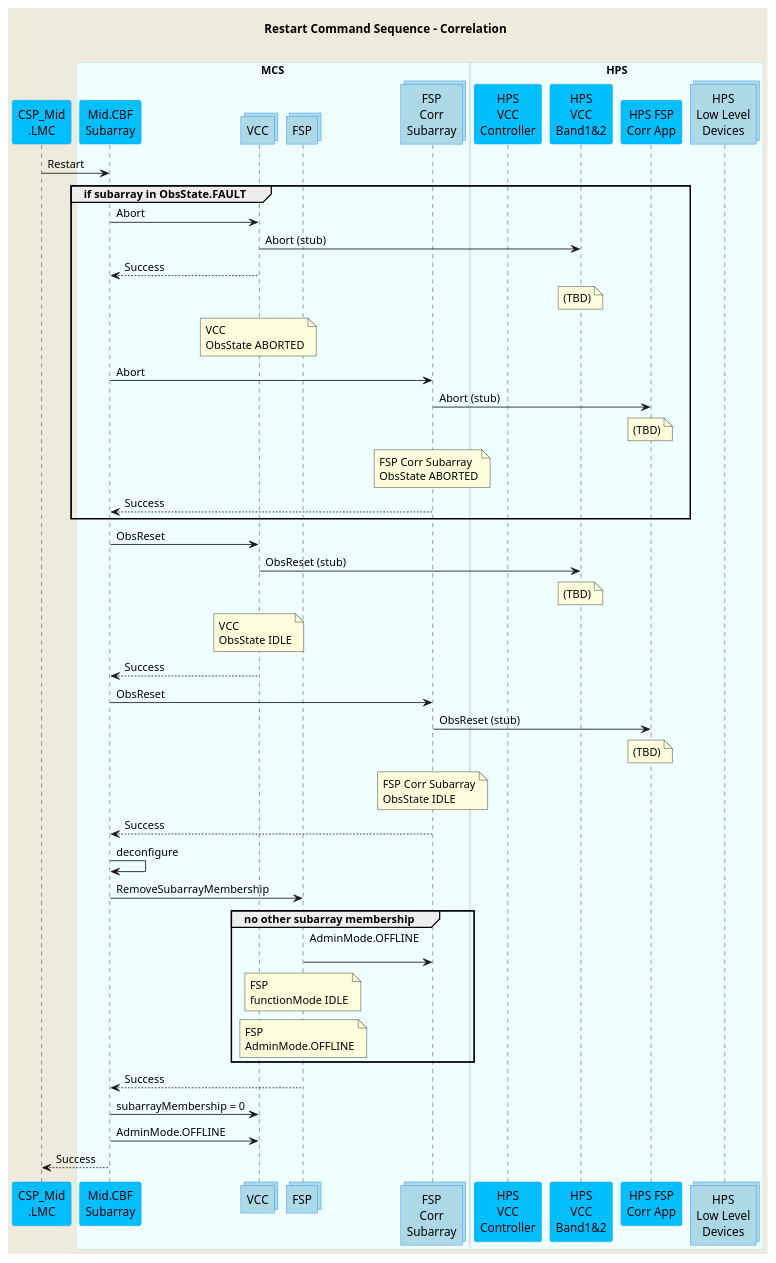
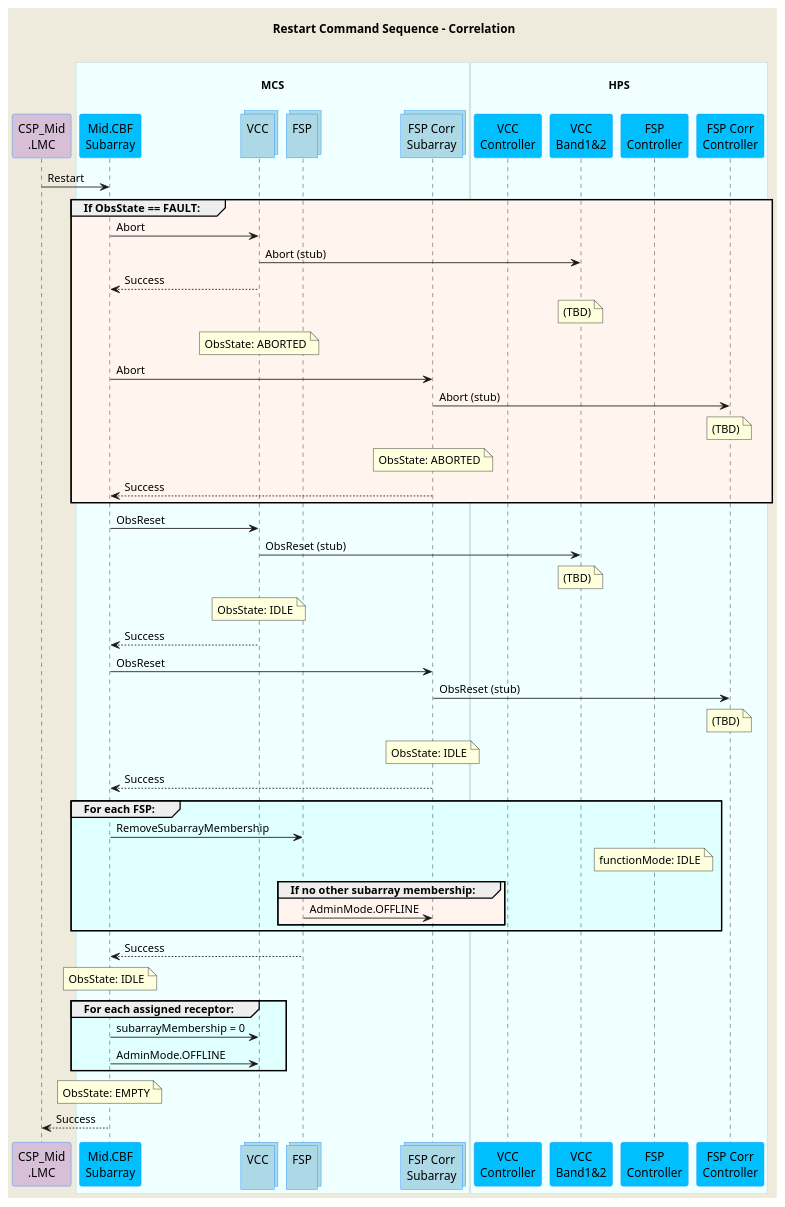
One commit to ska-telescope/mid-cbf-mcs changed the diagram in docs/src/diagrams/restart-command.puml. Above: the diagram before and after it, drawn with PlantUML. The commit also changed 8 other files, not shown here.

```diff
--- a/docs/src/diagrams/restart-command.puml
+++ b/docs/src/diagrams/restart-command.puml
@@ -1,86 +1,85 @@
 @startuml
 'https://plantuml.com/sequence-diagram
 
 skinparam backgroundColor #EEEBDC
 skinparam sequence {
-ParticipantBorderColor DodgerBlue
-ParticipantBackgroundColor DeepSkyBlue
-ActorBorderColor DarkGreen
-ActorBackgroundColor Green
-BoxBorderColor LightBlue
-BoxBackgroundColor #F0FFFF
+  ParticipantBorderColor DodgerBlue
+  ParticipantBackgroundColor DeepSkyBlue
+  ActorBorderColor DarkGreen
+  ActorBackgroundColor Green
+  BoxBorderColor LightBlue
+  BoxBackgroundColor #F0FFFF
 }
-
 skinparam collections {
   BackGroundColor LightBlue
   BorderColor DodgerBlue
 }
-
 skinparam database {
   BackgroundColor LightGreen
   BorderColor DarkGreen
 }
 
 title Restart Command Sequence - Correlation\n
 
-participant "CSP_Mid\n.LMC" as lmc
-
-box "MCS"
-participant "Mid.CBF\nSubarray" as subarray
-collections "VCC" as vcc
-collections "FSP" as fsp
-collections "FSP\nCorr\nSubarray" as fspsubarray
+participant "CSP_Mid\n.LMC" as lmc #Thistle
+box "\nMCS\n"
+  participant "Mid.CBF\nSubarray" as subarray
+  collections "VCC\n" as vcc
+  collections "FSP\n" as fsp
+  collections "FSP Corr\nSubarray" as fspsubarray
 end box
-
-box "HPS"
-participant "HPS\nVCC\nController" as hpsvcc
-participant "HPS\nVCC\nBand1&2" as hpsvccband
-participant "HPS FSP\nCorr App" as hpsfsp
-collections "HPS\nLow Level\nDevices" as hpsdevices
+box "\nHPS\n"
+  participant "VCC\nController" as hpsvcc
+  participant "VCC\nBand1&2" as hpsvccband
+  participant "FSP\nController" as hpsfsp
+  participant "FSP Corr\nController" as hpsfsp_corr
 end box
 
 lmc         ->  subarray      : Restart
 
-group if subarray in ObsState.FAULT
-subarray    ->  vcc           : Abort
-vcc         ->  hpsvccband    : Abort (stub)
-subarray    <--  vcc          : Success
-note over hpsvccband          : (TBD)
-note over vcc                 : VCC\nObsState ABORTED
-subarray    ->  fspsubarray   : Abort
-fspsubarray ->  hpsfsp        : Abort (stub)
-note over hpsfsp              : (TBD)
-note over fspsubarray         : FSP Corr Subarray\nObsState ABORTED
-subarray    <--  fspsubarray  : Success
+group #SeaShell If ObsState == FAULT:
+  subarray    ->  vcc           : Abort
+  vcc         ->  hpsvccband    : Abort (stub)
+  subarray    <--  vcc          : Success
+  note over hpsvccband          : (TBD)
+  note over vcc                 : ObsState: ABORTED
+  subarray    ->  fspsubarray   : Abort
+  fspsubarray ->  hpsfsp_corr   : Abort (stub)
+  note over hpsfsp_corr         : (TBD)
+  note over fspsubarray         : ObsState: ABORTED
+  subarray    <--  fspsubarray  : Success
 end group
 
 subarray    ->  vcc           : ObsReset
 vcc         ->  hpsvccband    : ObsReset (stub)
 note over hpsvccband          : (TBD)
-note over vcc                 : VCC\nObsState IDLE
+note over vcc                 : ObsState: IDLE
 subarray    <--  vcc          : Success
 
 subarray    ->  fspsubarray   : ObsReset
-fspsubarray ->  hpsfsp        : ObsReset (stub)
-note over hpsfsp              : (TBD)
-note over fspsubarray         : FSP Corr Subarray\nObsState IDLE
+fspsubarray ->  hpsfsp_corr   : ObsReset (stub)
+note over hpsfsp_corr         : (TBD)
+note over fspsubarray         : ObsState: IDLE
 subarray    <--  fspsubarray  : Success
 
-subarray    ->  subarray      : deconfigure
-subarray    ->  fsp           : RemoveSubarrayMembership
-
-group no other subarray membership
-fsp         ->  fspsubarray   : AdminMode.OFFLINE\n
-note over fsp                 : FSP\nfunctionMode IDLE
-note over fsp                 : FSP\nAdminMode.OFFLINE
+group #LightCyan For each FSP:
+  subarray    -> fsp          : RemoveSubarrayMembership
+  note over hpsfsp            : functionMode: IDLE
+  group #SeaShell If no other subarray membership:
+    fsp       ->  fspsubarray : AdminMode.OFFLINE
+  end group
 end group
 
 subarray    <--  fsp          : Success
+note over subarray            : ObsState: IDLE
 
-subarray    ->  vcc           : subarrayMembership = 0
-subarray    ->  vcc           : AdminMode.OFFLINE
+group #LightCyan For each assigned receptor:
+  subarray    ->  vcc           : subarrayMembership = 0
+  subarray    ->  vcc           : AdminMode.OFFLINE
+end group
 
+note over subarray            : ObsState: EMPTY
 lmc         <--  subarray     : Success
 
 
 @enduml
```
